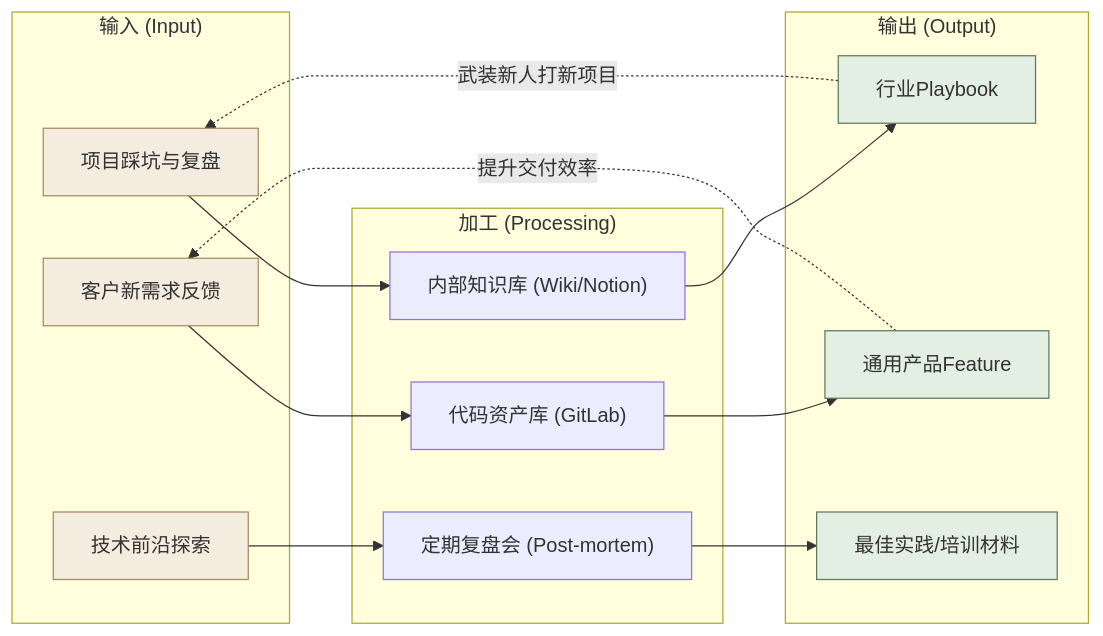
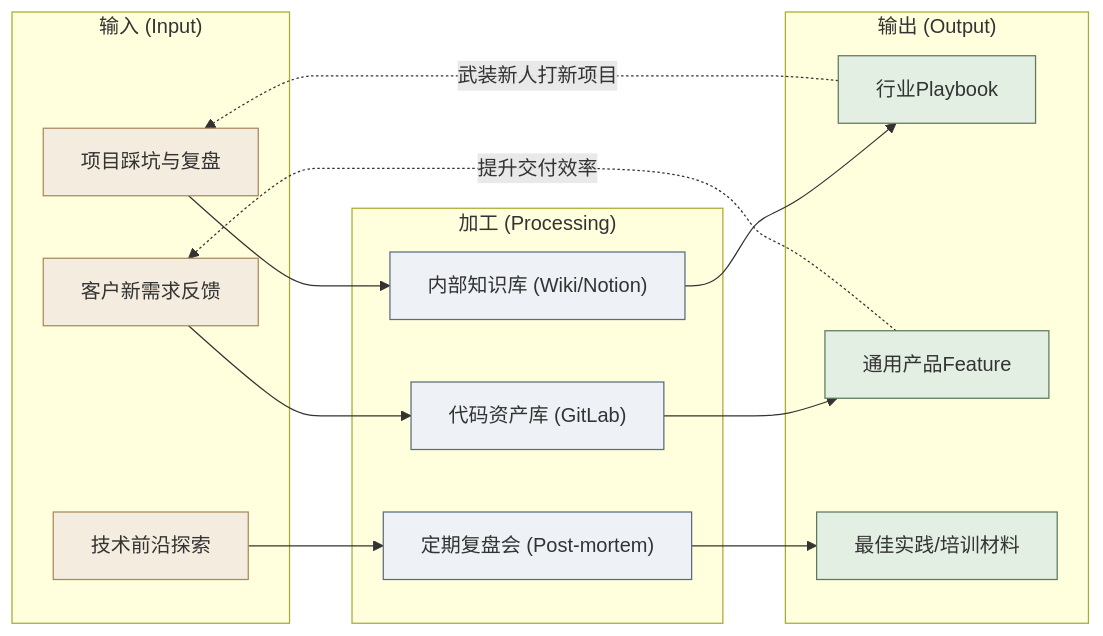
Before and after one commit to cloudzun/fde-course: the second of 2 diagrams in textbook/第12章_FDE人才培养与知识管理.md, drawn with Mermaid. The commit also changed other lines of this file and 12 other files, not shown here.

Commit message:
style: 全库21张mermaid图规范化——节点ID语义化+品牌色统一+补齐图注，第11章新增反馈环路图

````diff
--- a/textbook/第12章_FDE人才培养与知识管理.md
+++ b/textbook/第12章_FDE人才培养与知识管理.md
@@ -122,39 +124,42 @@
 ```mermaid
 graph LR
     subgraph "输入 (Input)"
-        I1["项目踩坑与复盘"]
-        I2["客户新需求反馈"]
-        I3["技术前沿探索"]
+        i1["项目踩坑与复盘"]
+        i2["客户新需求反馈"]
+        i3["技术前沿探索"]
     end
     
     subgraph "加工 (Processing)"
-        P1["内部知识库 (Wiki/Notion)"]
-        P2["代码资产库 (GitLab)"]
-        P3["定期复盘会 (Post-mortem)"]
+        p1["内部知识库 (Wiki/Notion)"]
+        p2["代码资产库 (GitLab)"]
+        p3["定期复盘会 (Post-mortem)"]
     end
     
     subgraph "输出 (Output)"
-        O1["行业Playbook"]
-        O2["通用产品Feature"]
-        O3["最佳实践/培训材料"]
+        o1["行业Playbook"]
+        o2["通用产品Feature"]
+        o3["最佳实践/培训材料"]
     end
     
-    I1 --> P1
-    I2 --> P2
-    I3 --> P3
+    i1 --> p1
+    i2 --> p2
+    i3 --> p3
     
-    P1 --> O1
-    P2 --> O2
-    P3 --> O3
+    p1 --> o1
+    p2 --> o2
+    p3 --> o3
     
     %% 飞轮效应反馈线
-    O1 -.->|武装新人打新项目| I1
-    O2 -.->|提升交付效率| I2
+    o1 -.->|武装新人打新项目| i1
+    o2 -.->|提升交付效率| i2
 
-    style I1 fill:#f5ece0,stroke:#a8895f
-    style I2 fill:#f5ece0,stroke:#a8895f
-    style I3 fill:#f5ece0,stroke:#a8895f
-    style O1 fill:#e4efe4,stroke:#5b7a5b
-    style O2 fill:#e4efe4,stroke:#5b7a5b
-    style O3 fill:#e4efe4,stroke:#5b7a5b
+    style i1 fill:#f5ece0,stroke:#a8895f
+    style i2 fill:#f5ece0,stroke:#a8895f
+    style i3 fill:#f5ece0,stroke:#a8895f
+    style p1 fill:#eef2f7,stroke:#5a6b7f
+    style p2 fill:#eef2f7,stroke:#5a6b7f
+    style p3 fill:#eef2f7,stroke:#5a6b7f
+    style o1 fill:#e4efe4,stroke:#5b7a5b
+    style o2 fill:#e4efe4,stroke:#5b7a5b
+    style o3 fill:#e4efe4,stroke:#5b7a5b
 ```
````
